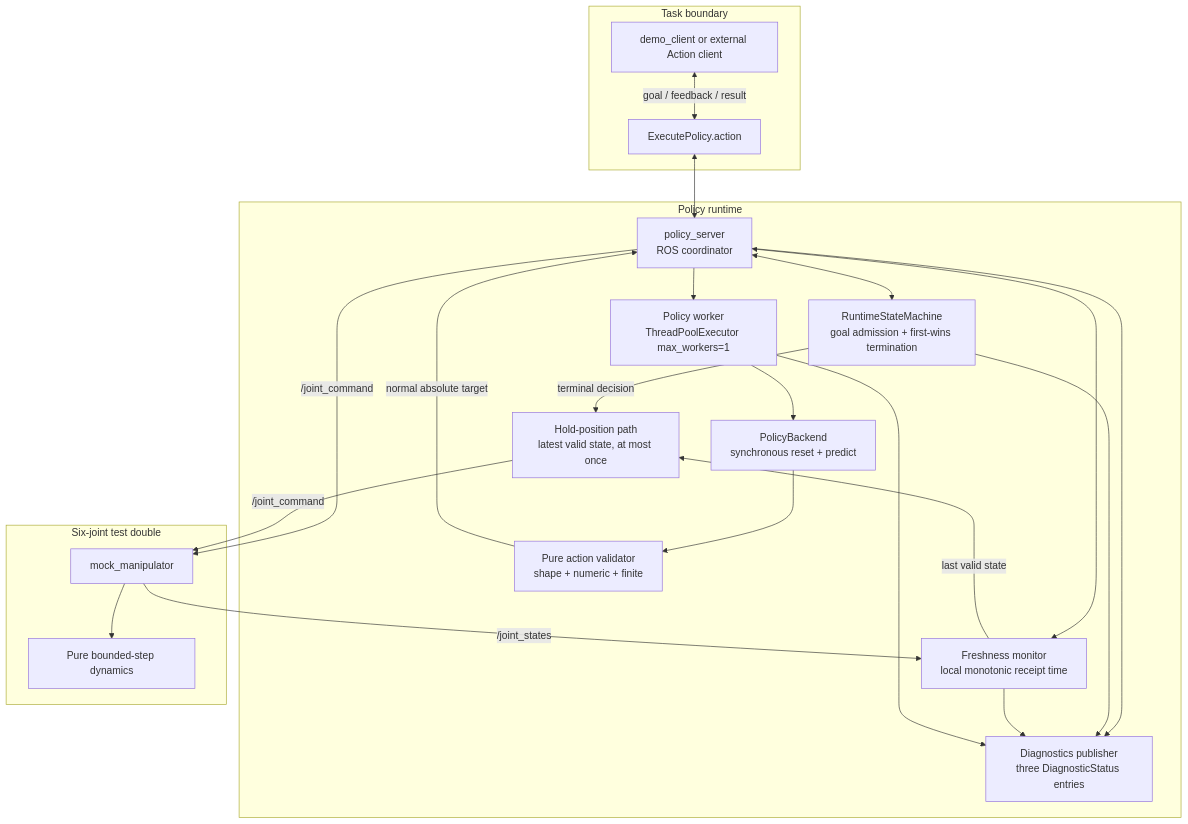
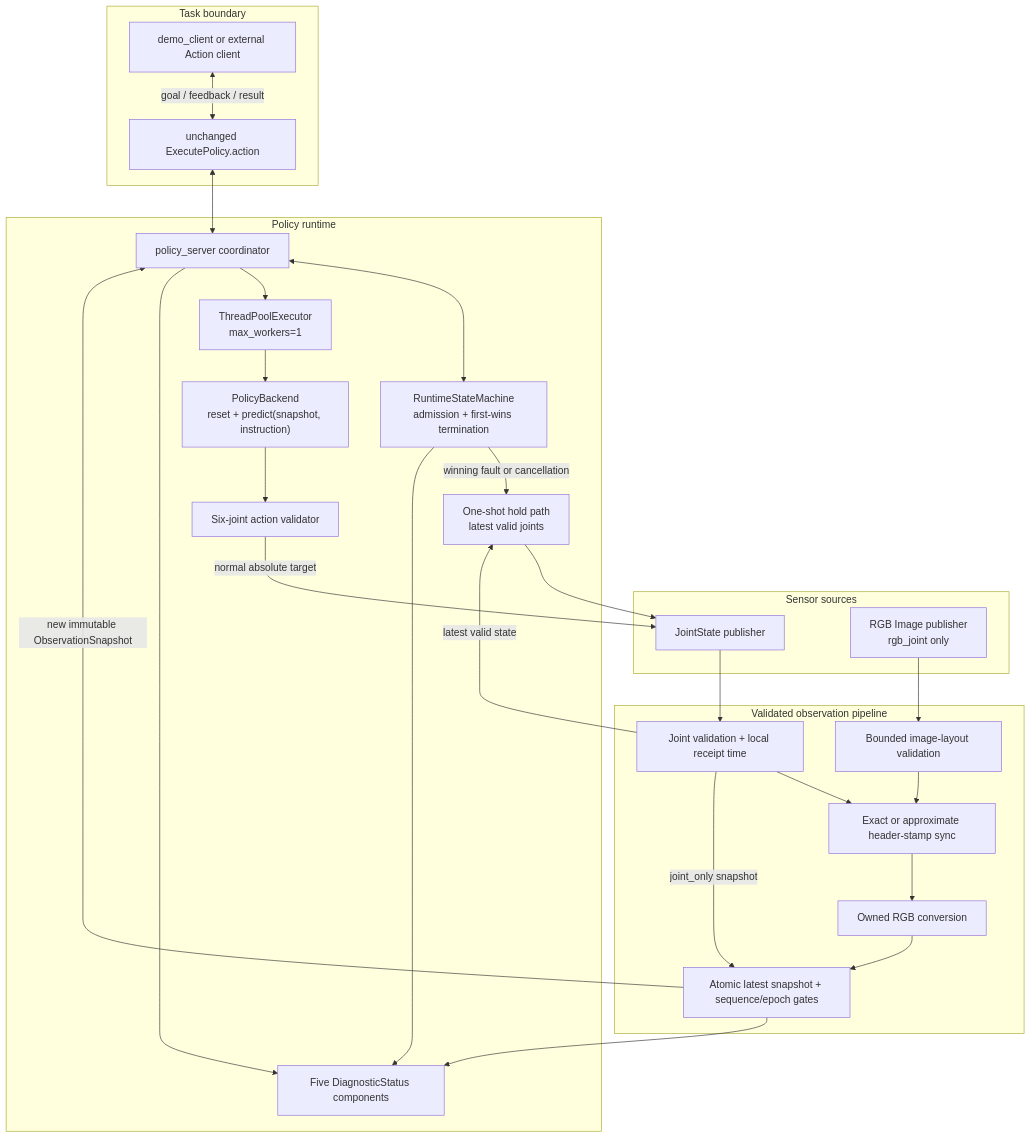
The first of 3 diagrams in docs/architecture.md (Yanagisawa2002/PolicyBridge-ROS2), drawn with Mermaid before and after one commit. The commit also changed other lines of this file and 22 other files, not shown here.

````diff
--- a/docs/architecture.md
+++ b/docs/architecture.md
@@ -9,42 +11,52 @@
 ```mermaid
 flowchart TB
     subgraph Task["Task boundary"]
         Client["demo_client or external Action client"]
-        Contract["ExecutePolicy.action"]
+        Action["unchanged ExecutePolicy.action"]
+    end
+
+    subgraph Sources["Sensor sources"]
+        Joint["JointState publisher"]
+        Image["RGB Image publisher\nrgb_joint only"]
+    end
+
+    subgraph Pipeline["Validated observation pipeline"]
+        JointCheck["Joint validation + local receipt time"]
+        ImageCheck["Bounded image-layout validation"]
+        Sync["Exact or approximate header-stamp sync"]
+        Convert["Owned RGB conversion"]
+        Store["Atomic latest snapshot + sequence/epoch gates"]
     end
 
     subgraph Runtime["Policy runtime"]
-        Server["policy_server\nROS coordinator"]
-        State["RuntimeStateMachine\ngoal admission + first-wins termination"]
-        Freshness["Freshness monitor\nlocal monotonic receipt time"]
-        Worker["Policy worker\nThreadPoolExecutor max_workers=1"]
-        Backend["PolicyBackend\nsynchronous reset + predict"]
-        Validator["Pure action validator\nshape + numeric + finite"]
-        Hold["Hold-position path\nlatest valid state, at most once"]
-        Diagnostics["Diagnostics publisher\nthree DiagnosticStatus entries"]
+        Server["policy_server coordinator"]
+        State["RuntimeStateMachine\nadmission + first-wins termination"]
+        Worker["ThreadPoolExecutor\nmax_workers=1"]
+        Backend["PolicyBackend\nreset + predict(snapshot, instruction)"]
+        ActionCheck["Six-joint action validator"]
+        Hold["One-shot hold path\nlatest valid joints"]
+        Diagnostics["Five DiagnosticStatus components"]
     end
 
-    subgraph RobotSide["Six-joint test double"]
-        Mock["mock_manipulator"]
-        Dynamics["Pure bounded-step dynamics"]
-    end
-
-    Client <-->|"goal / feedback / result"| Contract
-    Contract <--> Server
+    Client <-->|"goal / feedback / result"| Action
+    Action <--> Server
+    Joint --> JointCheck
+    Image --> ImageCheck
+    JointCheck --> Sync
+    ImageCheck --> Sync
+    Sync --> Convert
+    Convert --> Store
+    JointCheck -->|"joint_only snapshot"| Store
+    Store -->|"new immutable ObservationSnapshot"| Server
     Server <--> State
-    Server <--> Freshness
     Server --> Worker
     Worker --> Backend
-    Backend --> Validator
-    Validator -->|"normal absolute target"| Server
-    State -->|"terminal decision"| Hold
-    Freshness -->|"last valid state"| Hold
+    Backend --> ActionCheck
+    ActionCheck -->|"normal absolute target"| Joint
+    State -->|"winning fault or cancellation"| Hold
+    JointCheck -->|"latest valid state"| Hold
+    Hold --> Joint
     Server --> Diagnostics
+    Store --> Diagnostics
     State --> Diagnostics
-    Freshness --> Diagnostics
-    Worker --> Diagnostics
-    Server -->|"/joint_command"| Mock
-    Hold -->|"/joint_command"| Mock
-    Mock --> Dynamics
-    Mock -->|"/joint_states"| Freshness
 ```
````
